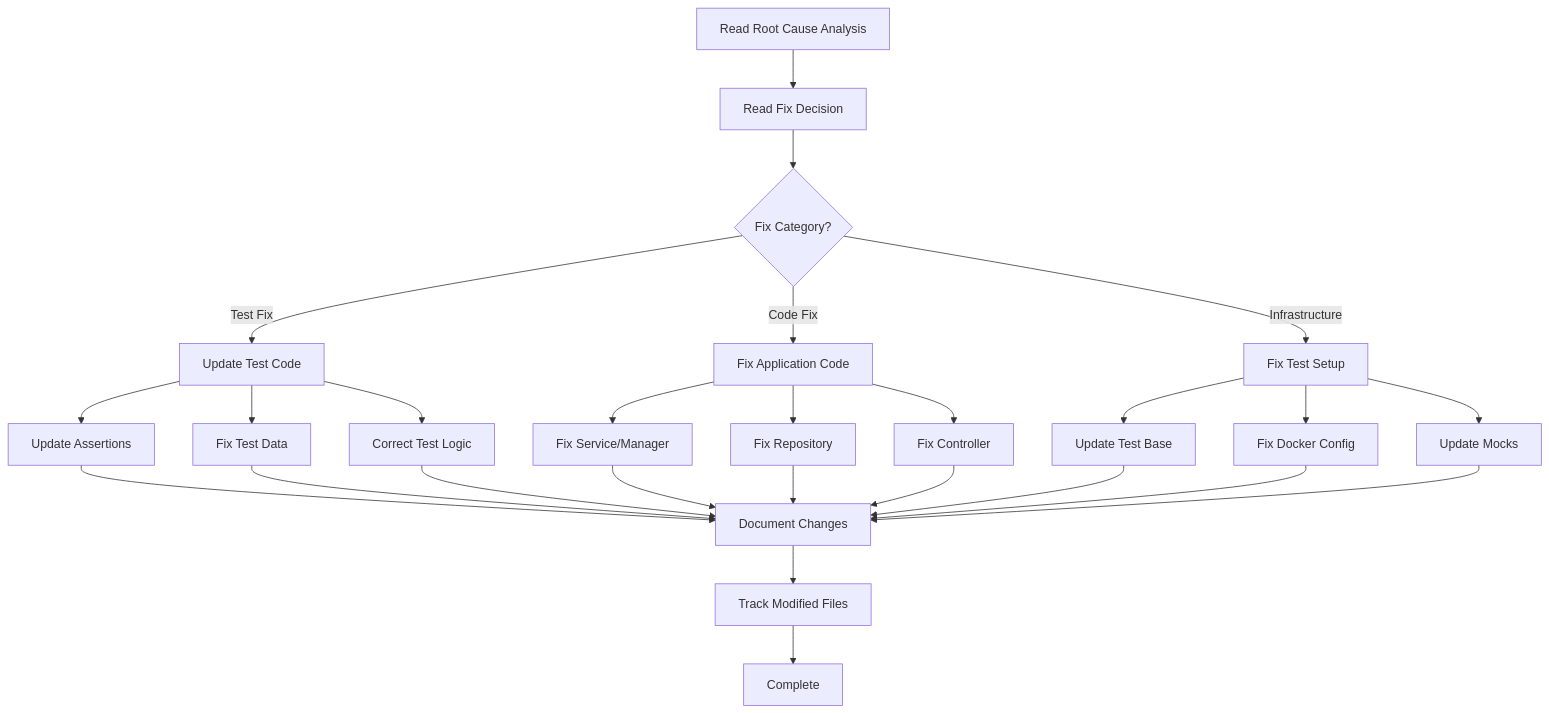
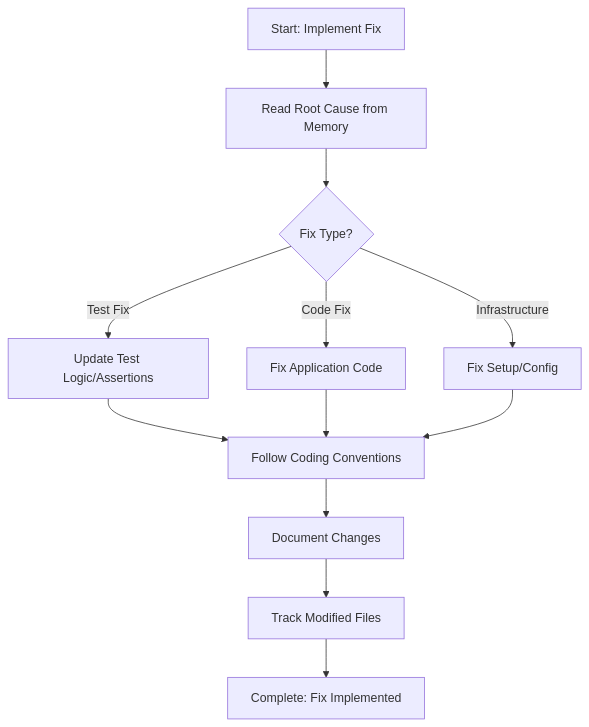
The diagram in .processes/steps/testing/implement-integration-test-fix.md (HMTools/agentic-processes), drawn with Mermaid before and after one commit. The commit also changed other lines of this file and 73 other files, not shown here.

````diff
--- a/.processes/steps/testing/implement-integration-test-fix.md
+++ b/.processes/steps/testing/implement-integration-test-fix.md
@@ -91,28 +68,14 @@
 ```mermaid
-graph TD
-    A[Read Root Cause Analysis] --> B[Read Fix Decision]
-    B --> C{Fix Category?}
-    C -->|Test Fix| D[Update Test Code]
+flowchart TD
+    A[Start: Implement Fix] --> B[Read Root Cause from Memory]
+    B --> C{Fix Type?}
+    C -->|Test Fix| D[Update Test Logic/Assertions]
     C -->|Code Fix| E[Fix Application Code]
-    C -->|Infrastructure| F[Fix Test Setup]
-    D --> G[Update Assertions]
-    D --> H[Fix Test Data]
-    D --> I[Correct Test Logic]
-    G --> J[Document Changes]
-    H --> J
-    I --> J
-    E --> K[Fix Service/Manager]
-    E --> L[Fix Repository]
-    E --> M[Fix Controller]
-    K --> J
-    L --> J
-    M --> J
-    F --> N[Update Test Base]
-    F --> O[Fix Docker Config]
-    F --> P[Update Mocks]
-    N --> J
-    O --> J
-    P --> J
-    J --> Q[Track Modified Files]
-    Q --> R[Complete]
+    C -->|Infrastructure| F[Fix Setup/Config]
+    D --> G[Follow Coding Conventions]
+    E --> G
+    F --> G
+    G --> H[Document Changes]
+    H --> I[Track Modified Files]
+    I --> J[Complete: Fix Implemented]
 ```
````
